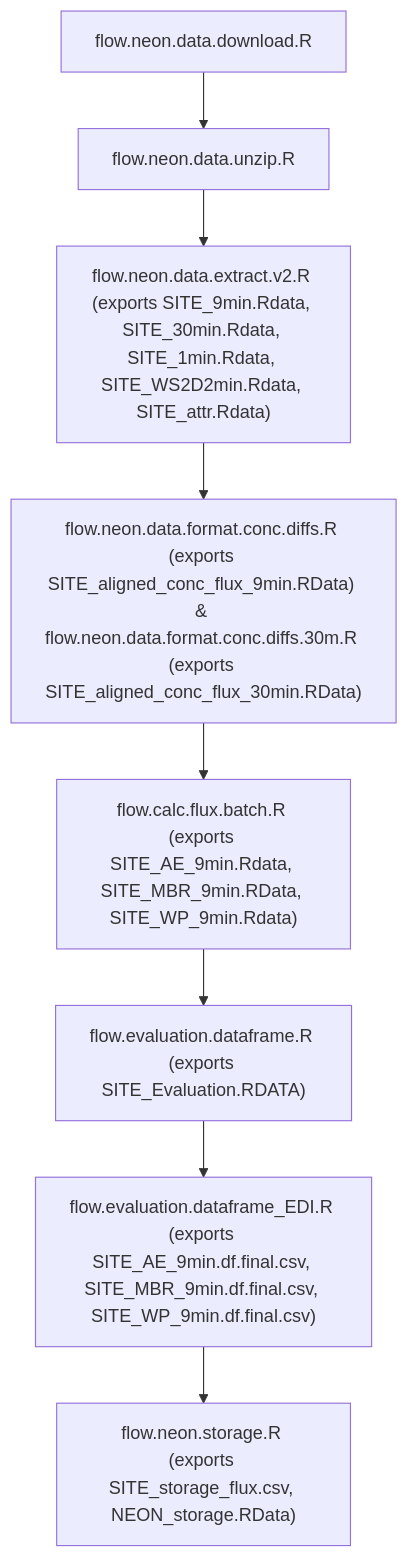
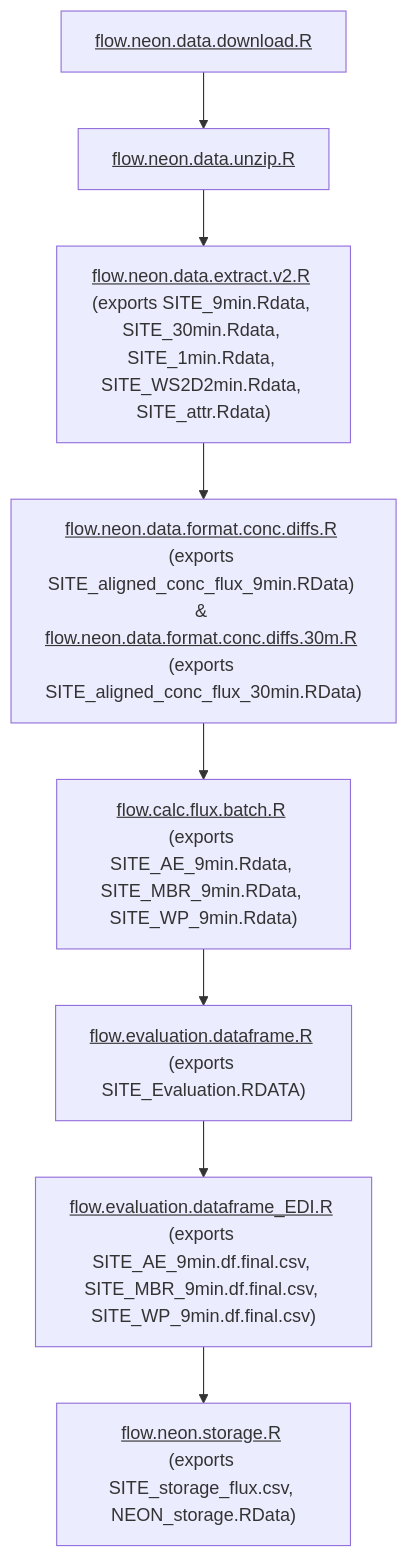
Before and after one commit to lter/lterwg-flux-gradient: the diagram in README.md, drawn with Mermaid. The commit also changed other lines of this file, not shown here.

Commit message:
docs: updated README diagram

````diff
--- a/README.md
+++ b/README.md
@@ -65,10 +65,10 @@
 ```mermaid
 graph TD
-  A[flow.neon.data.download.R] --> B[flow.neon.data.unzip.R]
-  B --> C["flow.neon.data.extract.v2.R (exports SITE_9min.Rdata, SITE_30min.Rdata, SITE_1min.Rdata, SITE_WS2D2min.Rdata, SITE_attr.Rdata)"]
-  C --> D["flow.neon.data.format.conc.diffs.R (exports SITE_aligned_conc_flux_9min.RData) & flow.neon.data.format.conc.diffs.30m.R (exports SITE_aligned_conc_flux_30min.RData)"]
-  D --> E["flow.calc.flux.batch.R (exports SITE_AE_9min.Rdata, SITE_MBR_9min.RData, SITE_WP_9min.Rdata)"]
-  E --> F["flow.evaluation.dataframe.R (exports SITE_Evaluation.RDATA)"]
-  F --> G["flow.evaluation.dataframe_EDI.R (exports SITE_AE_9min.df.final.csv, SITE_MBR_9min.df.final.csv, SITE_WP_9min.df.final.csv)"]
-  G --> H["flow.neon.storage.R (exports SITE_storage_flux.csv, NEON_storage.RData)"]
+  A["`<u>flow.neon.data.download.R</u>`"] --> B["`<u>flow.neon.data.unzip.R</u>`"]
+  B --> C["`<u>flow.neon.data.extract.v2.R</u> (exports SITE_9min.Rdata, SITE_30min.Rdata, SITE_1min.Rdata, SITE_WS2D2min.Rdata, SITE_attr.Rdata)`"]
+  C --> D["`<u>flow.neon.data.format.conc.diffs.R</u> (exports SITE_aligned_conc_flux_9min.RData) & <u>flow.neon.data.format.conc.diffs.30m.R</u> (exports SITE_aligned_conc_flux_30min.RData)`"]
+  D --> E["`<u>flow.calc.flux.batch.R</u> (exports SITE_AE_9min.Rdata, SITE_MBR_9min.RData, SITE_WP_9min.Rdata)`"]
+  E --> F["`<u>flow.evaluation.dataframe.R</u> (exports SITE_Evaluation.RDATA)`"]
+  F --> G["`<u>flow.evaluation.dataframe_EDI.R</u> (exports SITE_AE_9min.df.final.csv, SITE_MBR_9min.df.final.csv, SITE_WP_9min.df.final.csv)`"]
+  G --> H["`<u>flow.neon.storage.R</u> (exports SITE_storage_flux.csv, NEON_storage.RData)`"]
 ```
````
